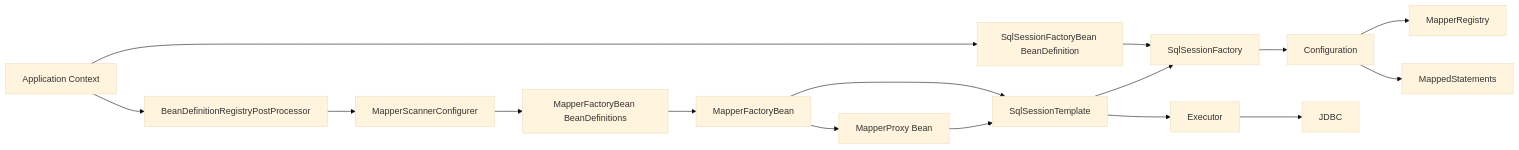
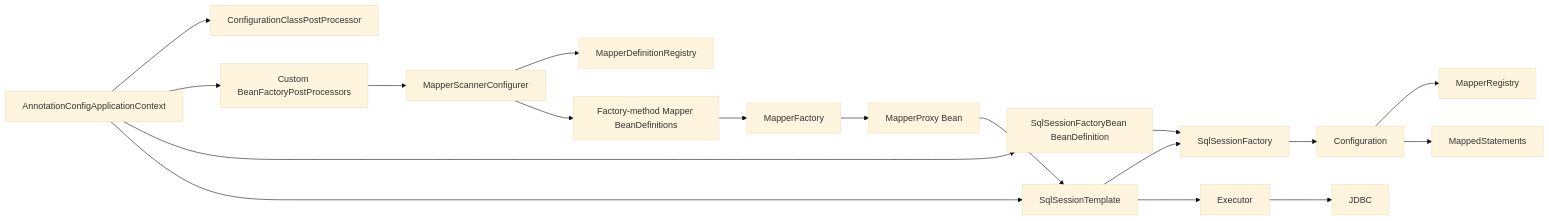
Before and after one commit to Jianing-Xu/mini-mybatis: the first of 6 diagrams in docs/integration-mybatis-spring.md, drawn with Mermaid (base theme). The commit also changed other lines of this file and 2 other files, not shown here.

````diff
--- a/docs/integration-mybatis-spring.md
+++ b/docs/integration-mybatis-spring.md
@@ -121,18 +120,20 @@
 ```mermaid
 flowchart LR
-    ia1["Application Context"] --> ia2["BeanDefinitionRegistryPostProcessor"]
-    ia2 --> ia3["MapperScannerConfigurer"]
-    ia3 --> ia4["MapperFactoryBean BeanDefinitions"]
-    ia1 --> ia5["SqlSessionFactoryBean BeanDefinition"]
-    ia5 --> ia6["SqlSessionFactory"]
-    ia6 --> ia7["Configuration"]
-    ia7 --> ia8["MapperRegistry"]
-    ia7 --> ia9["MappedStatements"]
-    ia4 --> ia10["MapperFactoryBean"]
-    ia10 --> ia11["SqlSessionTemplate"]
-    ia11 --> ia6
-    ia10 --> ia12["MapperProxy Bean"]
-    ia12 --> ia11
-    ia11 --> ia13["Executor"]
-    ia13 --> ia14["JDBC"]
+    ia1["AnnotationConfigApplicationContext"] --> ia2["ConfigurationClassPostProcessor"]
+    ia1 --> ia3["Custom BeanFactoryPostProcessors"]
+    ia3 --> ia4["MapperScannerConfigurer"]
+    ia4 --> ia5["MapperDefinitionRegistry"]
+    ia4 --> ia6["Factory-method Mapper BeanDefinitions"]
+    ia1 --> ia7["SqlSessionFactoryBean BeanDefinition"]
+    ia7 --> ia8["SqlSessionFactory"]
+    ia8 --> ia9["Configuration"]
+    ia9 --> ia10["MapperRegistry"]
+    ia9 --> ia11["MappedStatements"]
+    ia1 --> ia12["SqlSessionTemplate"]
+    ia12 --> ia8
+    ia6 --> ia13["MapperFactory"]
+    ia13 --> ia14["MapperProxy Bean"]
+    ia14 --> ia12
+    ia12 --> ia15["Executor"]
+    ia15 --> ia16["JDBC"]
 ```
````
